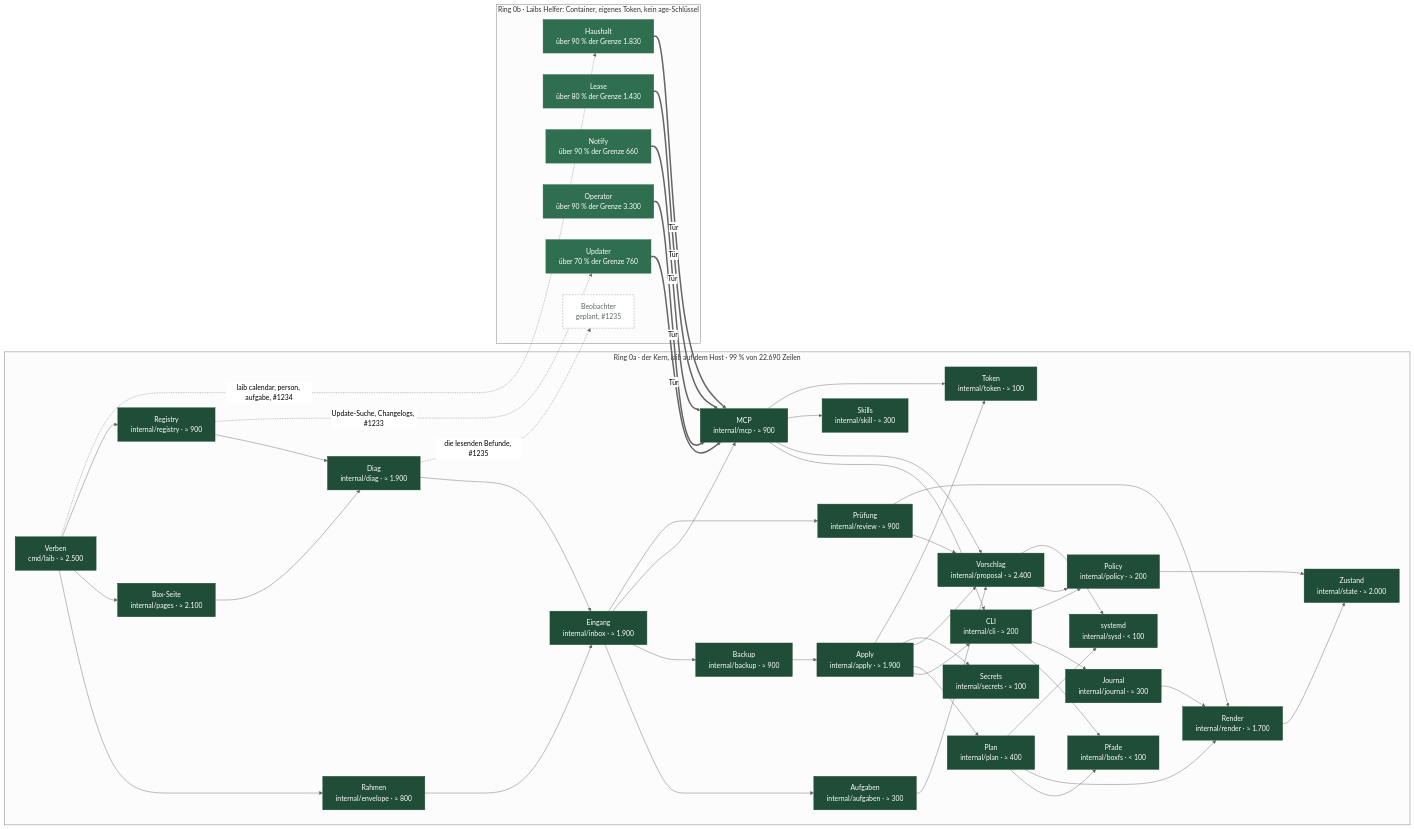
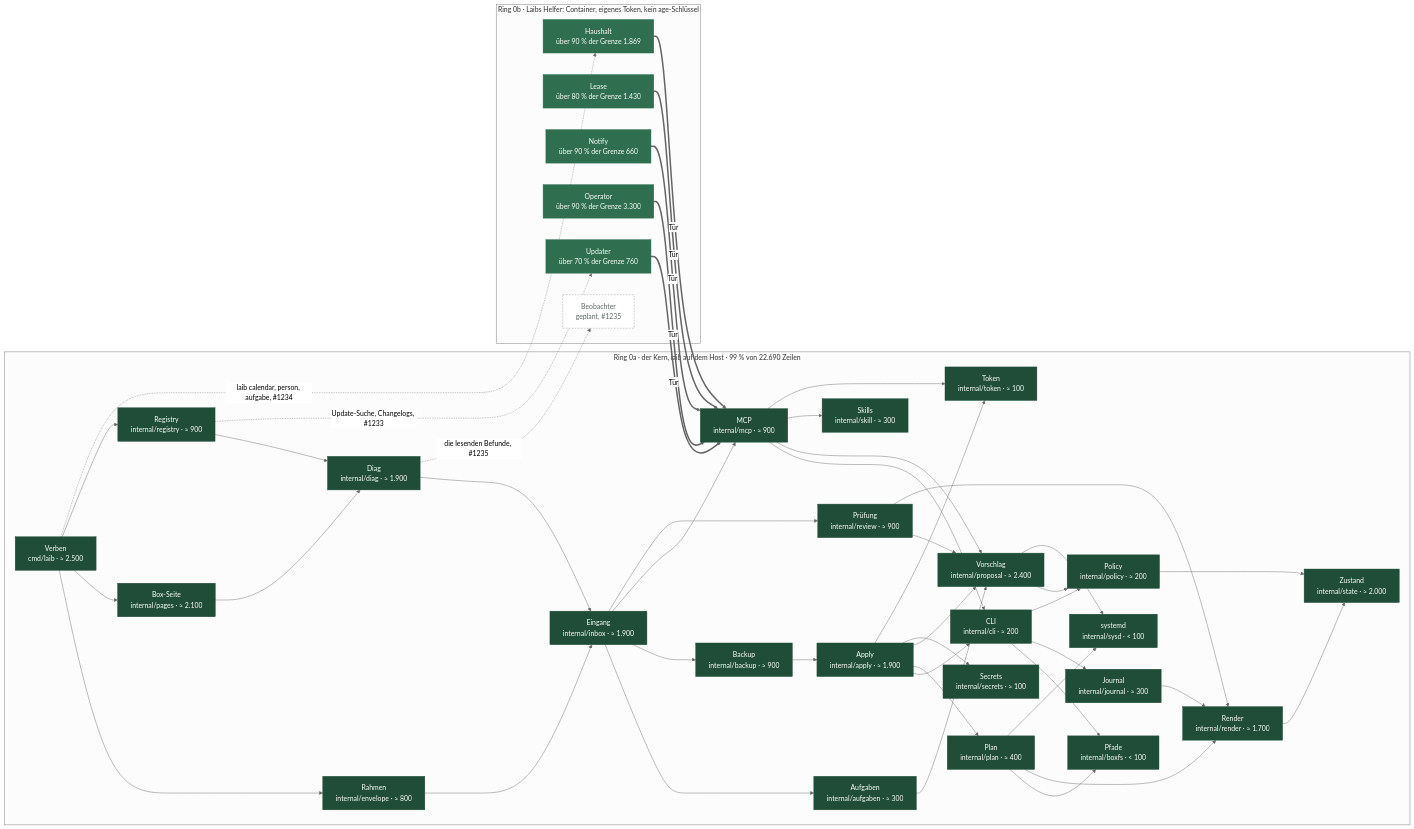
One commit to mdopp/laib changed the fourth of 5 diagrams in docs/C4.md. Above: the diagram before and after it, drawn with Mermaid (neutral theme). The commit also changed 21 other files, not shown here.

```diff
--- a/docs/C4.md
+++ b/docs/C4.md
@@ -264,7 +264,7 @@
     k_internal_token["Token<br/>internal/token · ≈ 100"]:::kern
   end
   subgraph r0b["Ring 0b · Laibs Helfer: Container, eigenes Token, kein age-Schlüssel"]
-    p_haushalt["Haushalt<br/>über 90 % der Grenze 1.830"]:::helfer
+    p_haushalt["Haushalt<br/>über 90 % der Grenze 1.869"]:::helfer
     p_lease["Lease<br/>über 80 % der Grenze 1.430"]:::helfer
     p_notify["Notify<br/>über 90 % der Grenze 660"]:::helfer
     p_operator["Operator<br/>über 90 % der Grenze 3.300"]:::helfer
```
